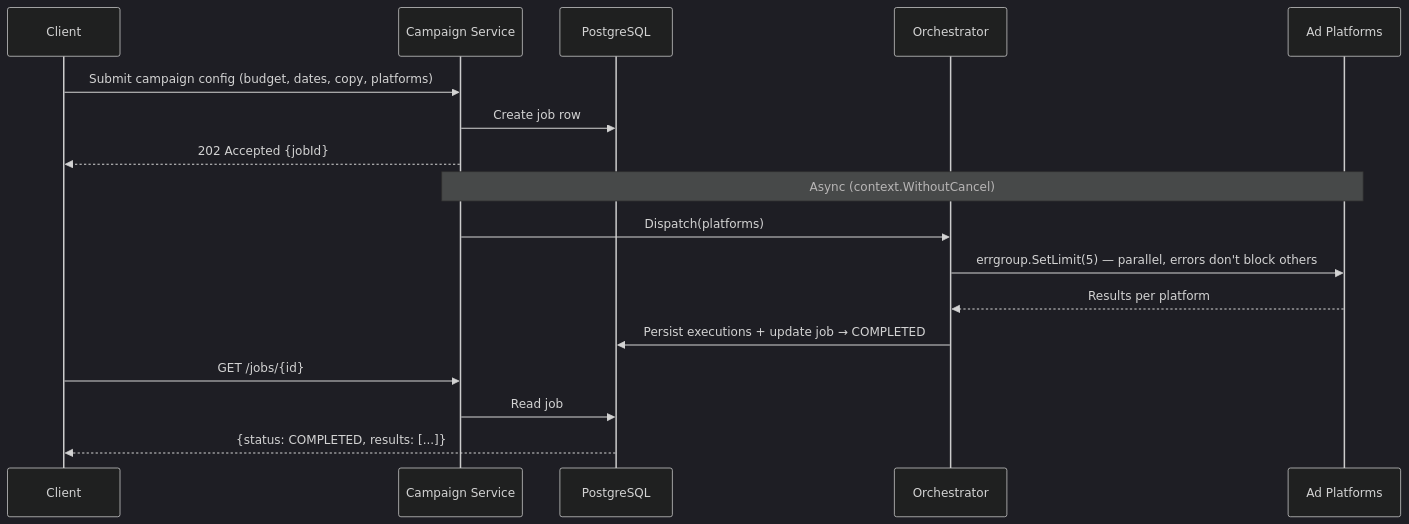
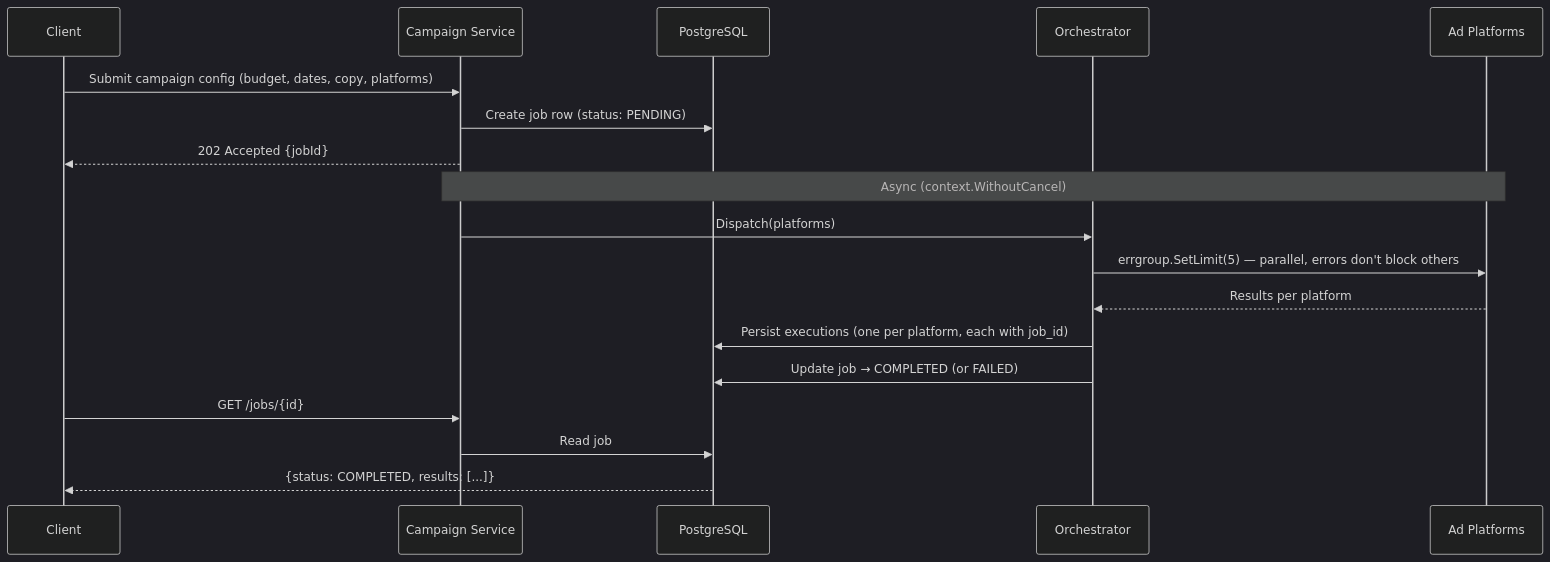
One commit to linuxfoundation/lfx-v2-campaign-service changed the fourth of 8 diagrams in docs/architecture.md. Above: the diagram before and after it, drawn with Mermaid (dark theme). The commit also changed 2 other files, not shown here.

Commit message:
docs: fix middleware order and clarify job lifecycle
Fix middleware pipeline to match committee-service:
OTel (outermost) → Debug → Auth → RequestID → Goa.

Clarify campaign creation sequence diagrams: job
starts as PENDING, each execution carries job_id,
job ends as COMPLETED or FAILED.

Add scope note to channel-connections-schema.md
linking to architecture.md for campaign table DDL.

Refs: LFXV2-2023

````diff
--- a/docs/architecture.md
+++ b/docs/architecture.md
@@ -182,23 +182,24 @@
 ```mermaid
 sequenceDiagram
     participant C as Client
     participant S as Campaign Service
     participant PG as PostgreSQL
     participant O as Orchestrator
     participant P as Ad Platforms
 
     C->>S: Submit campaign config (budget, dates, copy, platforms)
-    S->>PG: Create job row
+    S->>PG: Create job row (status: PENDING)
     S-->>C: 202 Accepted {jobId}
 
     Note over S,P: Async (context.WithoutCancel)
 
     S->>O: Dispatch(platforms)
     O->>P: errgroup.SetLimit(5) — parallel, errors don't block others
     P-->>O: Results per platform
-    O->>PG: Persist executions + update job → COMPLETED
+    O->>PG: Persist executions (one per platform, each with job_id)
+    O->>PG: Update job → COMPLETED (or FAILED)
 
     C->>S: GET /jobs/{id}
     S->>PG: Read job
     PG-->>C: {status: COMPLETED, results: [...]}
 ```
````
